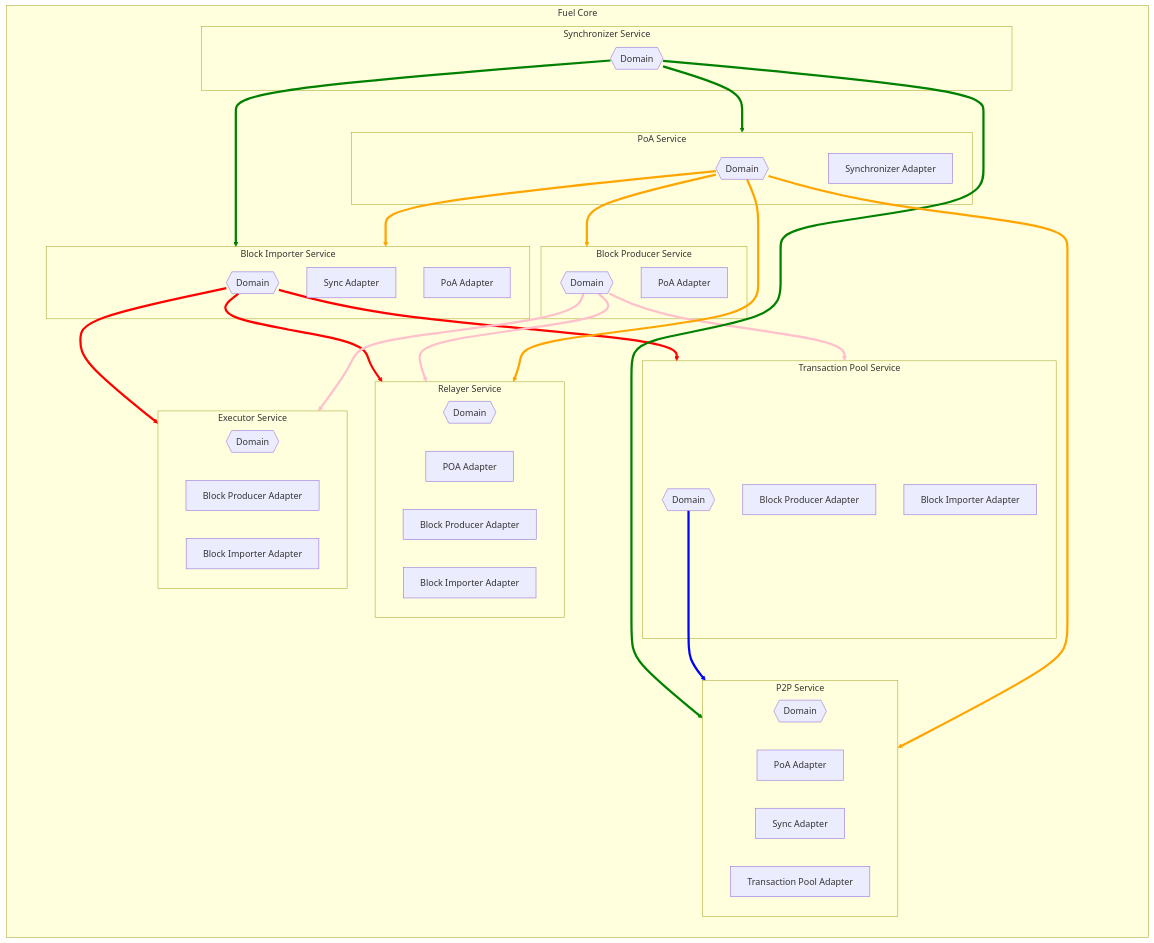
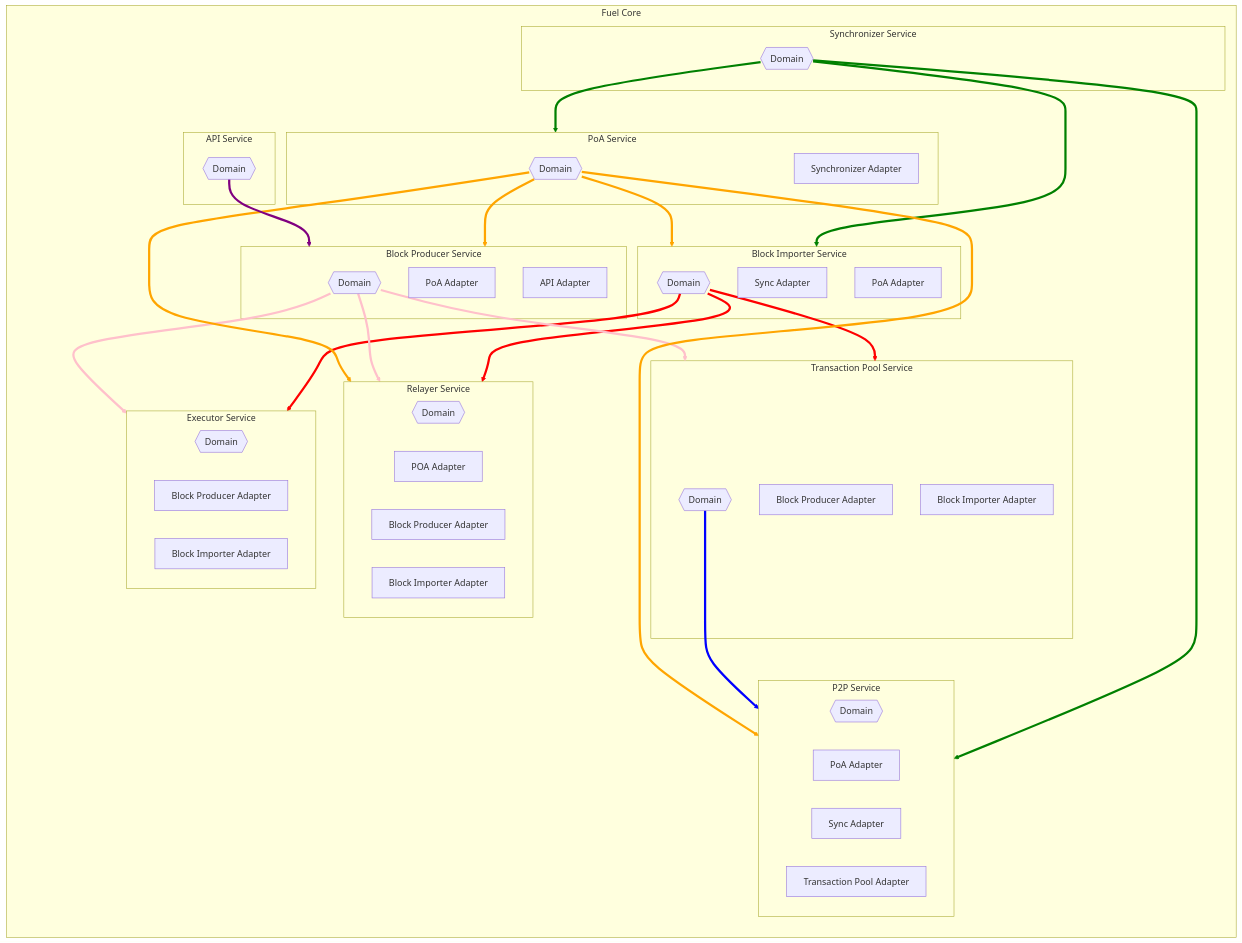
The diagram in docs/architecture.md (FuelLabs/fuel-core), drawn with Mermaid before and after one commit.

Commit message:
add API service to mermaid

````diff
--- a/docs/architecture.md
+++ b/docs/architecture.md
@@ -43,59 +43,66 @@
 ```mermaid
 flowchart TB
     subgraph Fuel Core
         direction TB
         subgraph POAS[PoA Service]
             POAD{{Domain}}
             SYNCPOA[Synchronizer Adapter]
         end
         subgraph BPS[Block Producer Service]
             BPD{{Domain}}
             POABP[PoA Adapter]
+            APIBP[API Adapter]
         end
         subgraph BIS[Block Importer Service]
             BID{{Domain}}
             SYNCBI["Sync Adapter"]
             POABI["PoA Adapter"]
         end
         subgraph SS[Synchronizer Service]
             SSD{{Domain}}
         end
         subgraph P2PS[P2P Service]
             P2PD{{Domain}}
             POAP2P[PoA Adapter]
             SYNCP2P[Sync Adapter]
             TXP2P[Transaction Pool Adapter]
         end
         subgraph TXS[Transaction Pool Service]
             TXD{{Domain}}
             BPTXS[Block Producer Adapter]
             BITXS[Block Importer Adapter]
         end
         subgraph RS[Relayer Service]
             RSD{{Domain}}
             POAR[POA Adapter]
             BPR[Block Producer Adapter]
             BIR[Block Importer Adapter]
         end
         subgraph ES[Executor Service]
             ESD{{Domain}}
             BPEXE[Block Producer Adapter]
             BIEXE[Block Importer Adapter]
         end
+        subgraph APIS[API Service]
+            APID{{Domain}}
+        end
         BID & BPD --> ES & RS & TXS
         SSD --> POAS & P2PS & BIS
         TXD --> P2PS
         POAD --> P2PS & RS & BPS & BIS
+        APID --> BPS
         
         %% Red color - Block Importer
         linkStyle 0,1,2 fill:none,stroke-width:4px,stroke:red
         %% Pink color - Block Producer
         linkStyle 3,4,5 fill:none,stroke-width:4px,stroke:pink
         %% Green color - Synchronizer
         linkStyle 6,7,8 fill:none,stroke-width:4px,stroke:green
         %% Blue color - Transaction pool
         linkStyle 9 fill:none,stroke-width:4px,stroke:blue
         %% Orange color - PoA
         linkStyle 10,11,12,13 fill:none,stroke-width:4px,stroke:orange
+        %% Purple color - API
+        linkStyle 14 fill:none,stroke-width:4px,stroke:purple
     end
 ```
````
